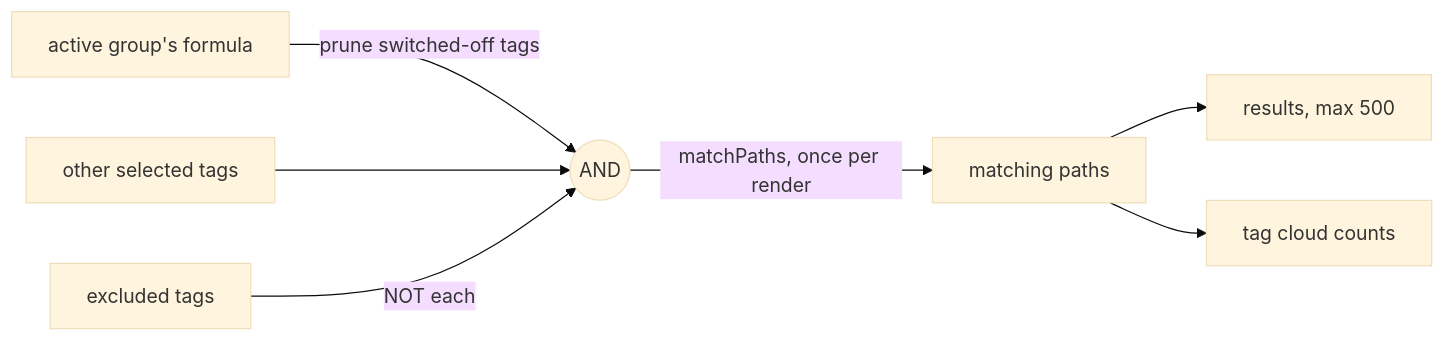
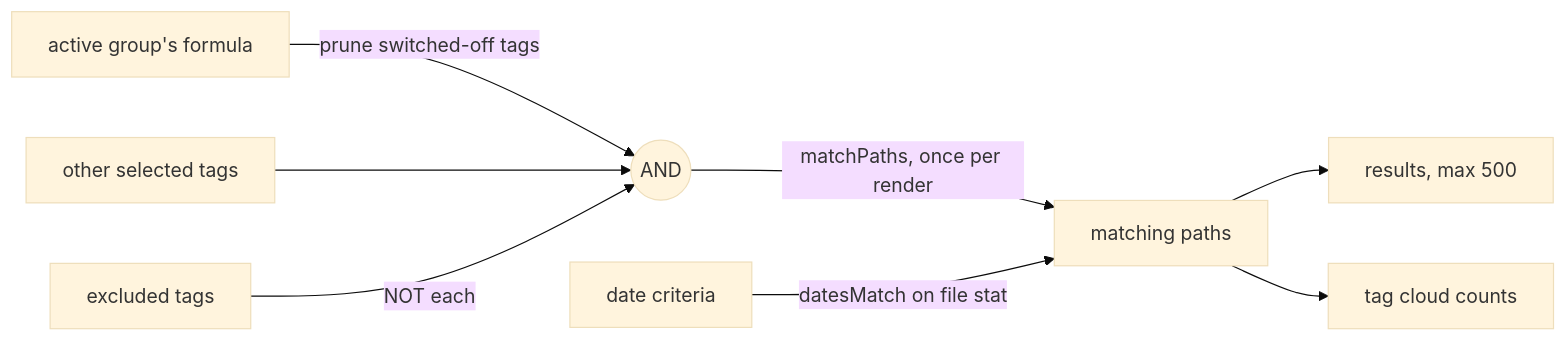
One commit to AlbanMontaigu/obsidian changed the ninth of 10 diagrams in plugins/tag-everything/docs/architecture.md. Above: the diagram before and after it, drawn with Mermaid (base theme). The commit also changed other lines of this file and 17 other files, not shown here.

Commit message:
tag-everything 0.34.0: date criteria (created / modified) in the panel search and the inbox; extension tags hidden in the panel by default

````diff
--- a/plugins/tag-everything/docs/architecture.md
+++ b/plugins/tag-everything/docs/architecture.md
@@ -251,8 +254,9 @@
 ```mermaid
 flowchart LR
   g[active group's formula] -->|prune switched-off tags| and((AND))
   s[other selected tags] --> and
   x[excluded tags] -->|NOT each| and
   and -->|matchPaths, once per render| m[matching paths]
+  d[date criteria] -->|datesMatch on file stat| m
   m --> r[results, max 500] & c[tag cloud counts]
 ```
````
